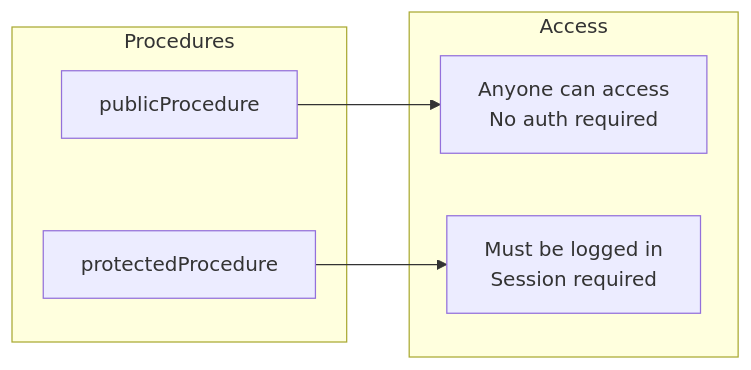
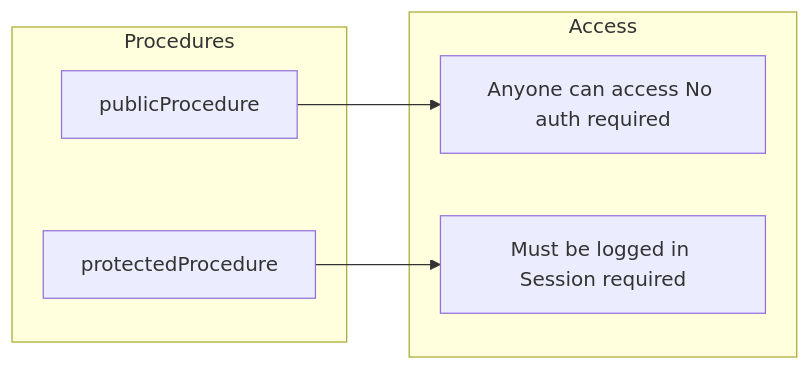
Diagram 17 of 18 in README.md (PKPL-Pusing-Kurang-Paham-Lurr/tk-2), drawn with Mermaid before and after one commit. The commit also changed other lines of this file, not shown here.

````diff
--- a/README.md
+++ b/README.md
@@ -932,15 +931,15 @@
 ```mermaid
 flowchart LR
     subgraph Procedures
         P1[publicProcedure]
         P2[protectedProcedure]
     end
     
     subgraph Access
-        A1[Anyone can access<br/>No auth required]
-        A2[Must be logged in<br/>Session required]
+        A1[Anyone can access No auth required]
+        A2[Must be logged in Session required]
     end
     
     P1 --> A1
     P2 --> A2
 ```
````
